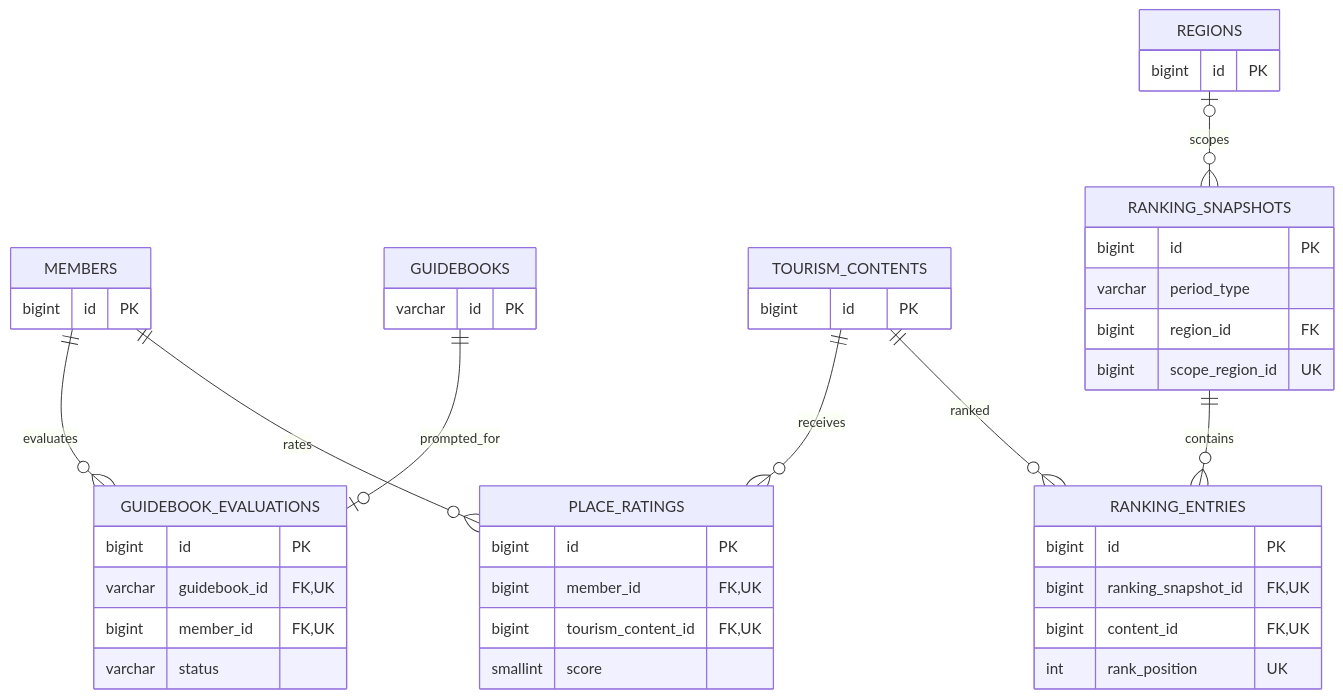
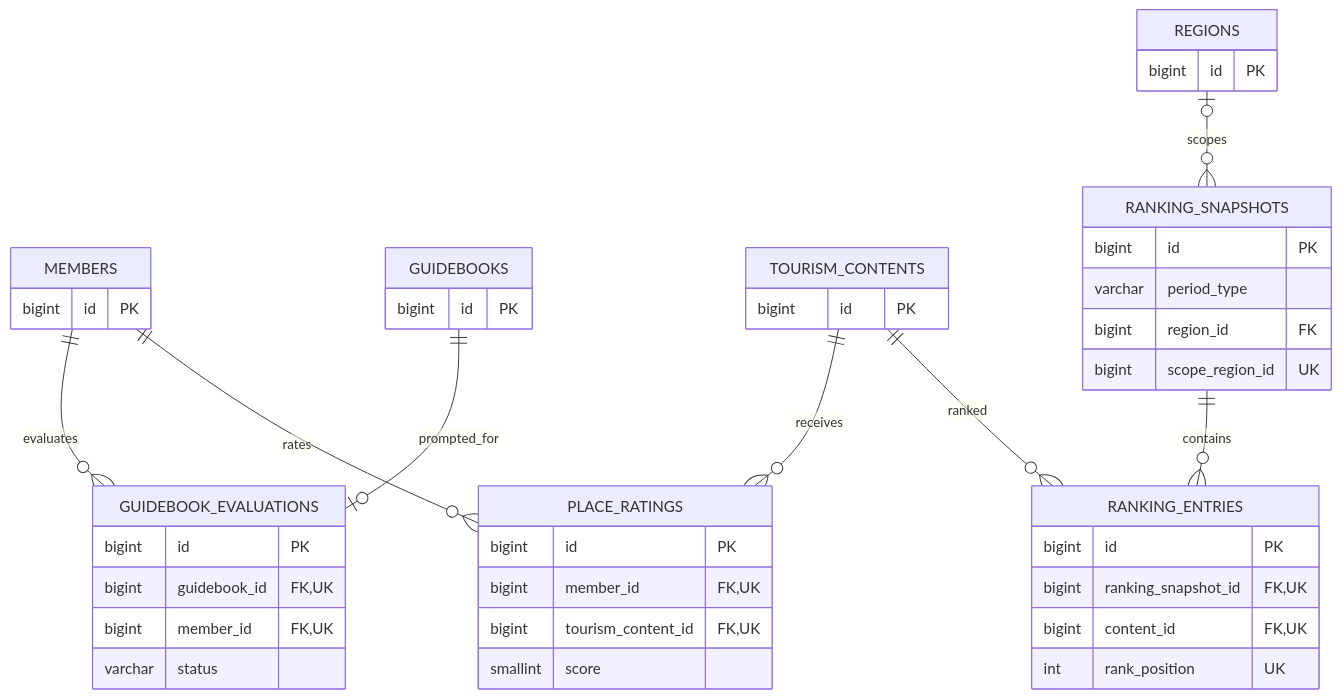
One commit to 100-hours-a-week/KTB4-10th-BE changed the fourth of 5 diagrams in docs/ERD_테이블_설계_근거_검토본.md. Above: the diagram before and after it, drawn with Mermaid. The commit also changed other lines of this file and 29 other files, not shown here.

```diff
--- a/docs/ERD_테이블_설계_근거_검토본.md
+++ b/docs/ERD_테이블_설계_근거_검토본.md
@@ -247,46 +246,46 @@
 ~~~mermaid
 erDiagram
     MEMBERS ||--o{ GUIDEBOOK_EVALUATIONS : evaluates
     GUIDEBOOKS ||--o| GUIDEBOOK_EVALUATIONS : prompted_for
     MEMBERS ||--o{ PLACE_RATINGS : rates
     TOURISM_CONTENTS ||--o{ PLACE_RATINGS : receives
     REGIONS o|--o{ RANKING_SNAPSHOTS : scopes
     RANKING_SNAPSHOTS ||--o{ RANKING_ENTRIES : contains
     TOURISM_CONTENTS ||--o{ RANKING_ENTRIES : ranked
     GUIDEBOOK_EVALUATIONS {
         bigint id PK
-        varchar guidebook_id FK,UK
+        bigint guidebook_id FK,UK
         bigint member_id FK,UK
         varchar status
     }
     PLACE_RATINGS {
         bigint id PK
         bigint member_id FK,UK
         bigint tourism_content_id FK,UK
         smallint score
     }
     RANKING_SNAPSHOTS {
         bigint id PK
         varchar period_type
         bigint region_id FK
         bigint scope_region_id UK
     }
     RANKING_ENTRIES {
         bigint id PK
         bigint ranking_snapshot_id FK,UK
         bigint content_id FK,UK
         int rank_position UK
     }
     MEMBERS {
         bigint id PK
     }
     GUIDEBOOKS {
-        varchar id PK
+        bigint id PK
     }
     TOURISM_CONTENTS {
         bigint id PK
     }
     REGIONS {
         bigint id PK
     }
 ~~~
```
